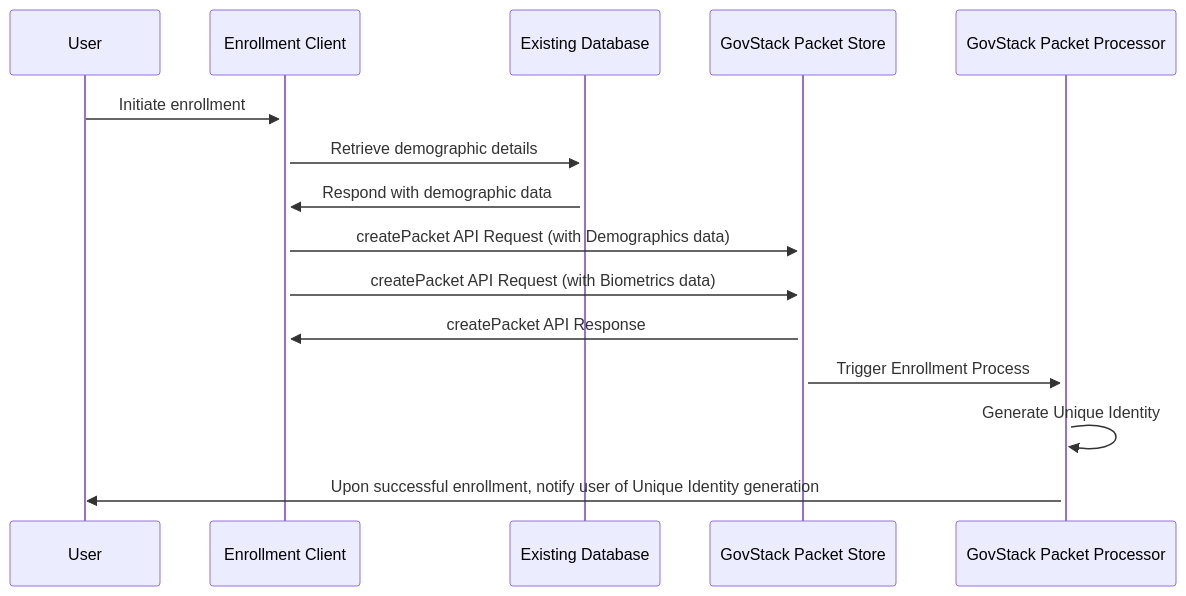
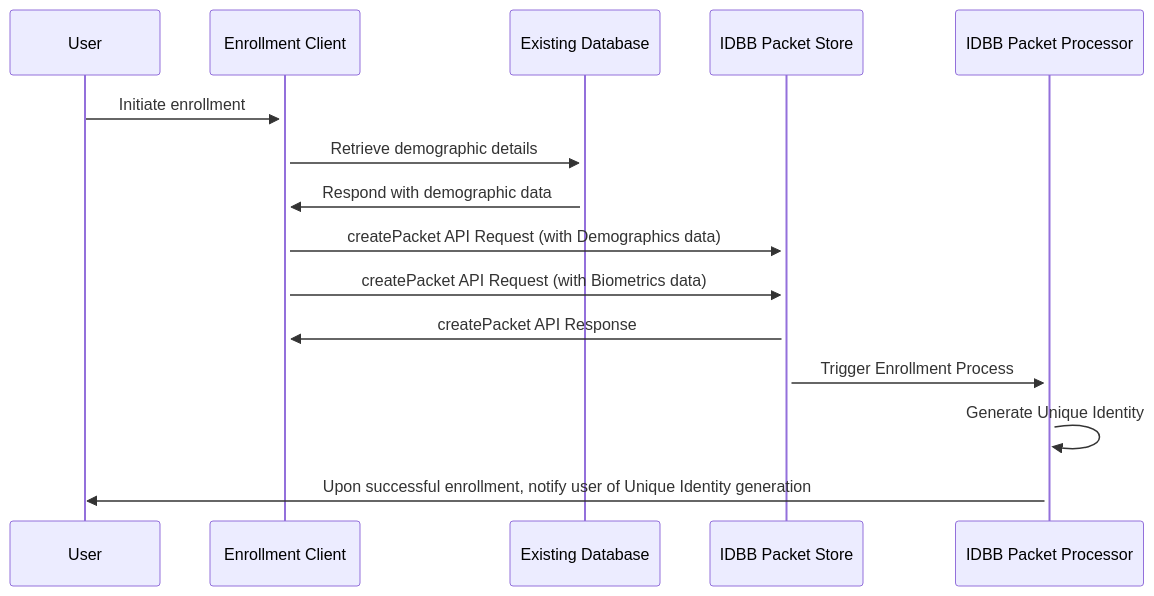
One commit to smita-govstack/bb-identity changed the fourth of 6 diagrams in spec/9-workflows.md. Above: the diagram before and after it, drawn with Mermaid. The commit also changed other lines of this file and 4 other files, not shown here.

````diff
--- a/spec/9-workflows.md
+++ b/spec/9-workflows.md
@@ -127,12 +125,12 @@
 ```mermaid
 sequenceDiagram
     User->>+Enrollment Client: Initiate enrollment
     Enrollment Client->>+Existing Database: Retrieve demographic details
     Existing Database->>Enrollment Client: Respond with demographic data
-    Enrollment Client->>+GovStack Packet Store: createPacket API Request (with Demographics data)
-    Enrollment Client->>GovStack Packet Store: createPacket API Request (with Biometrics data)
-    GovStack Packet Store->>Enrollment Client: createPacket API Response
-    GovStack Packet Store->>+GovStack Packet Processor: Trigger Enrollment Process
-    GovStack Packet Processor->>GovStack Packet Processor: Generate Unique Identity
-    GovStack Packet Processor->>User: Upon successful enrollment, notify user of Unique Identity generation
+    Enrollment Client->>+IDBB Packet Store: createPacket API Request (with Demographics data)
+    Enrollment Client->>IDBB Packet Store: createPacket API Request (with Biometrics data)
+    IDBB Packet Store->>Enrollment Client: createPacket API Response
+    IDBB Packet Store->>+IDBB Packet Processor: Trigger Enrollment Process
+    IDBB Packet Processor->>IDBB Packet Processor: Generate Unique Identity
+    IDBB Packet Processor->>User: Upon successful enrollment, notify user of Unique Identity generation
 ```
````
